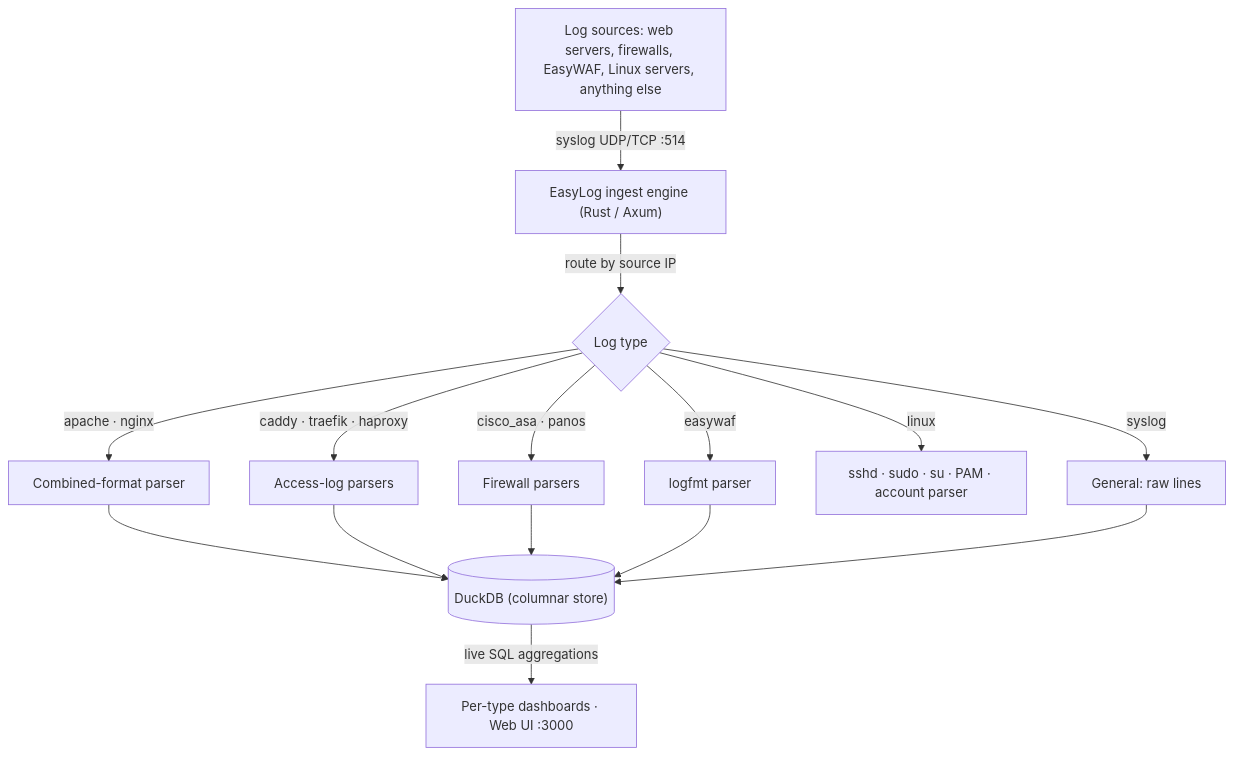
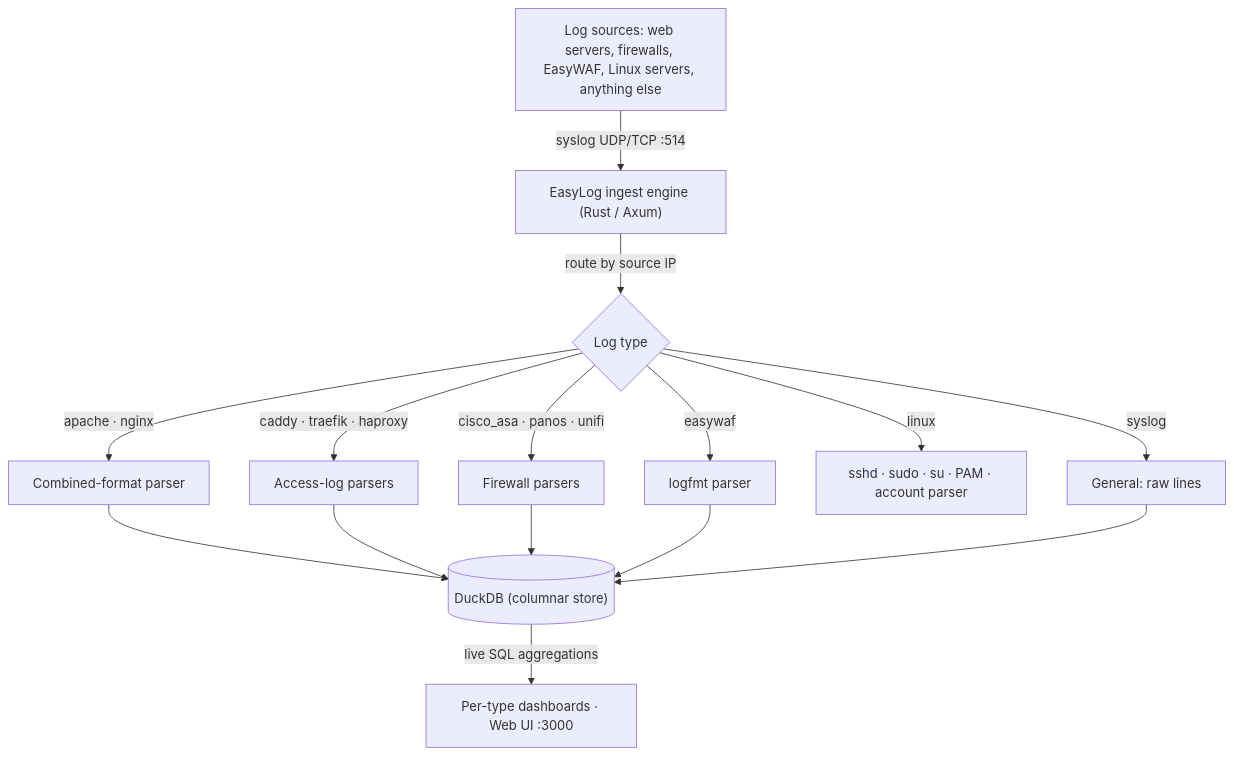
The diagram in docs/reference.md (easysysio/EasyLog), drawn with Mermaid before and after one commit. The commit also changed other lines of this file and 9 other files, not shown here.

First line of the commit message:
feat(unifi): UniFi gateway firewall logs under Firewalls

````diff
--- a/docs/reference.md
+++ b/docs/reference.md
@@ -24,17 +25,17 @@
 ```mermaid
 graph TD
     A["Log sources: web servers, firewalls, EasyWAF, Linux servers, anything else"] -->|"syslog UDP/TCP :514"| B["EasyLog ingest engine (Rust / Axum)"]
     B -->|"route by source IP"| C{"Log type"}
     C -->|"apache · nginx"| D["Combined-format parser"]
     C -->|"caddy · traefik · haproxy"| E["Access-log parsers"]
-    C -->|"cisco_asa · panos"| F["Firewall parsers"]
+    C -->|"cisco_asa · panos · unifi"| F["Firewall parsers"]
     C -->|"easywaf"| W["logfmt parser"]
     C -->|"linux"| L["sshd · sudo · su · PAM · account parser"]
     C -->|"syslog"| R["General: raw lines"]
     D --> G[("DuckDB (columnar store)")]
     E --> G
     F --> G
     W --> G
     R --> G
     G -->|"live SQL aggregations"| H["Per-type dashboards · Web UI :3000"]
 ```
````
